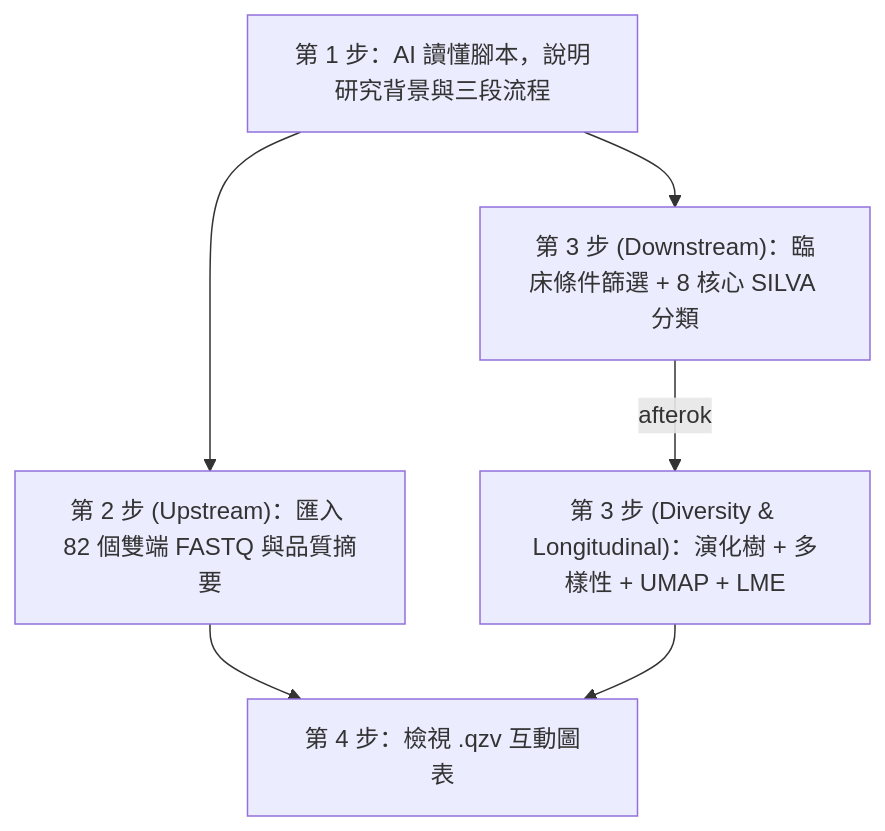
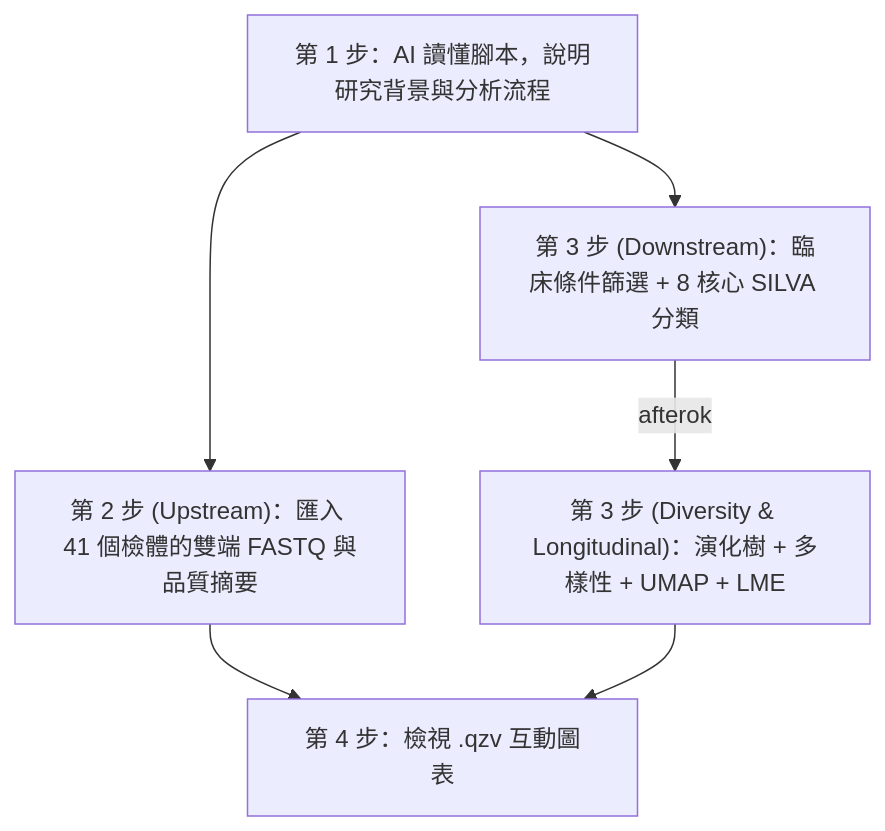
One commit to gemini960114/nano4-ngs-slurm-skill changed the diagram in 04-qiime2-microbiome-pipeline/README.md. Above: the diagram before and after it, drawn with Mermaid. The commit also changed other lines of this file and 9 other files, not shown here.

````diff
--- a/04-qiime2-microbiome-pipeline/README.md
+++ b/04-qiime2-microbiome-pipeline/README.md
@@ -13,8 +13,8 @@
 ```mermaid
 flowchart TD
-    A["第 1 步：AI 讀懂腳本，說明研究背景與三段流程"] --> B["第 2 步 (Upstream)：匯入 82 個雙端 FASTQ 與品質摘要"]
+    A["第 1 步：AI 讀懂腳本，說明研究背景與分析流程"] --> B["第 2 步 (Upstream)：匯入 41 個檢體的雙端 FASTQ 與品質摘要"]
     A --> C["第 3 步 (Downstream)：臨床條件篩選 + 8 核心 SILVA 分類"]
     C -->|afterok| D["第 3 步 (Diversity & Longitudinal)：演化樹 + 多樣性 + UMAP + LME"]
     B --> E["第 4 步：檢視 .qzv 互動圖表"]
     D --> E
 ```
````
